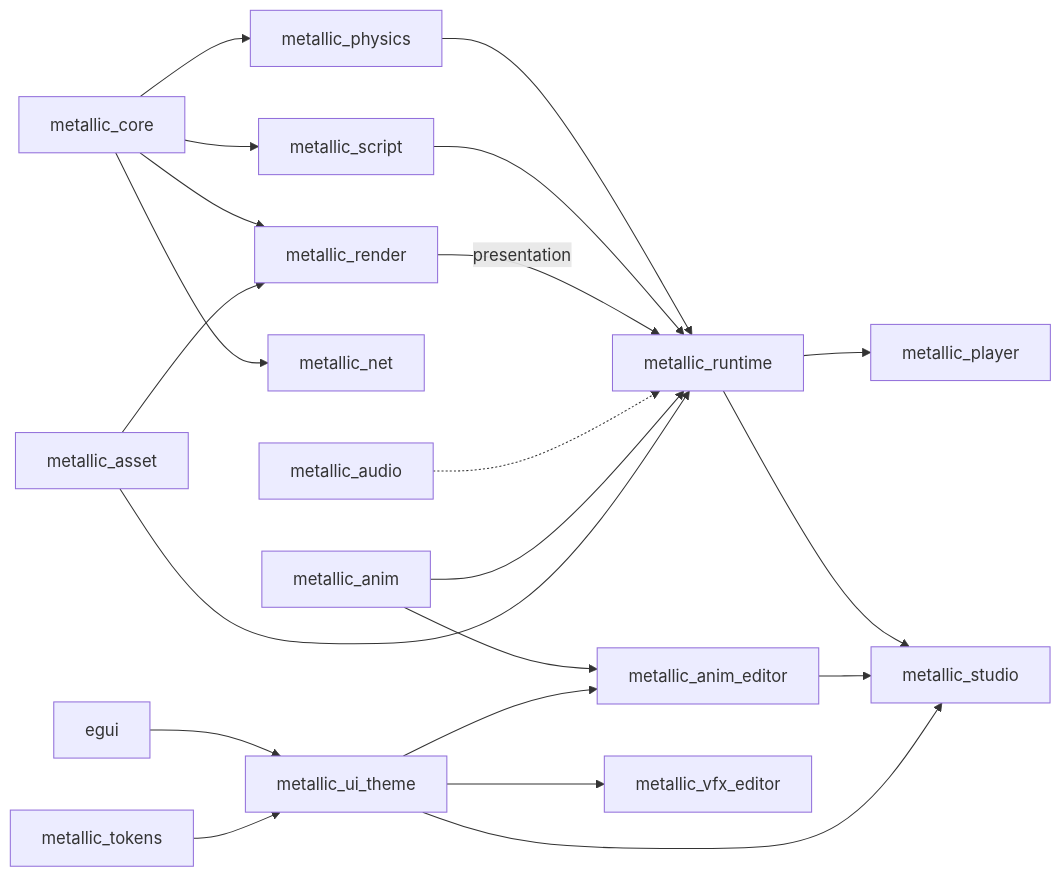
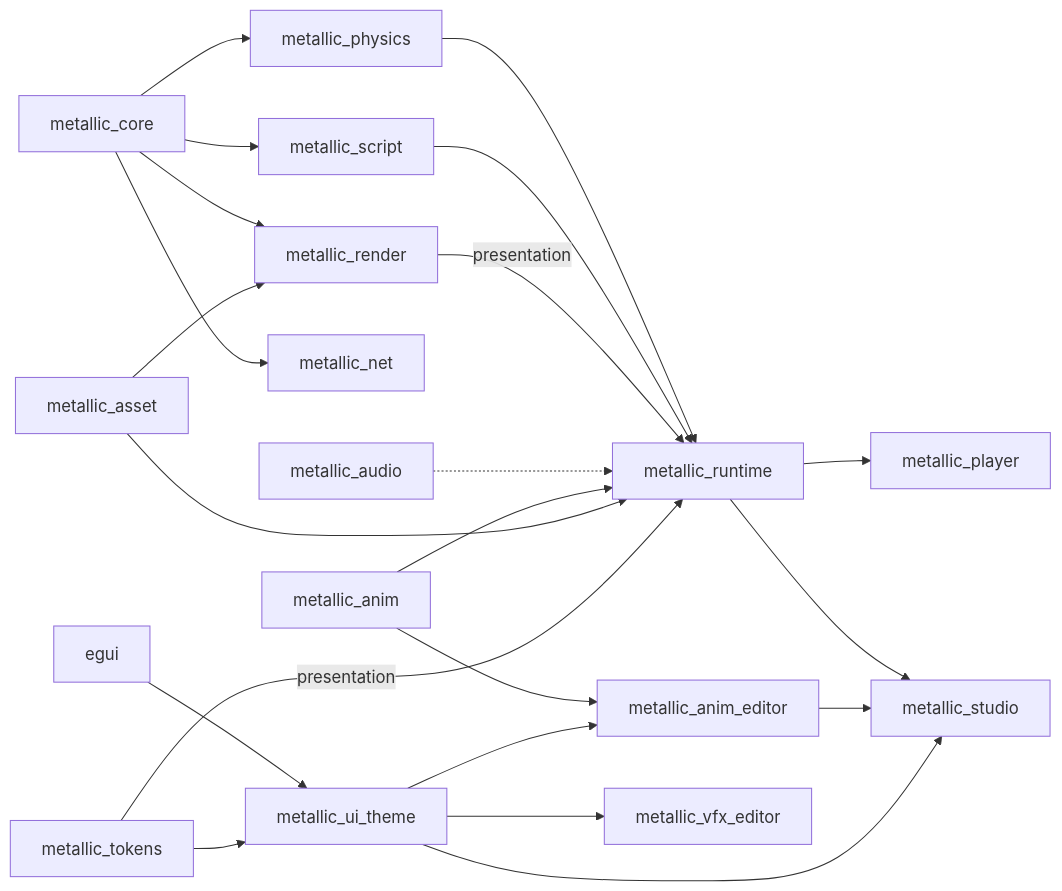
The diagram in ARCHITECTURE.md (Metallic-Club/studio), drawn with Mermaid before and after one commit. The commit also changed other lines of this file and 17 other files, not shown here.

````diff
--- a/ARCHITECTURE.md
+++ b/ARCHITECTURE.md
@@ -6,23 +6,24 @@
 ```mermaid
 graph LR
   core[metallic_core] --> physics[metallic_physics]
   core --> script[metallic_script]
   core --> render[metallic_render]
   core --> net[metallic_net]
   asset[metallic_asset] --> render
   physics --> runtime[metallic_runtime]
   script --> runtime
   render -- presentation --> runtime
   audio[metallic_audio] -.-> runtime
   runtime --> player[metallic_player]
   runtime --> studio[metallic_studio]
   anim[metallic_anim] --> runtime
   asset --> runtime
   anim --> animed[metallic_anim_editor]
   animed --> studio
   egui[egui] --> uitheme[metallic_ui_theme]
   tokens[metallic_tokens] --> uitheme
+  tokens -- presentation --> runtime
   uitheme --> studio
   uitheme --> animed
   uitheme --> vfxed[metallic_vfx_editor]
 ```
````
